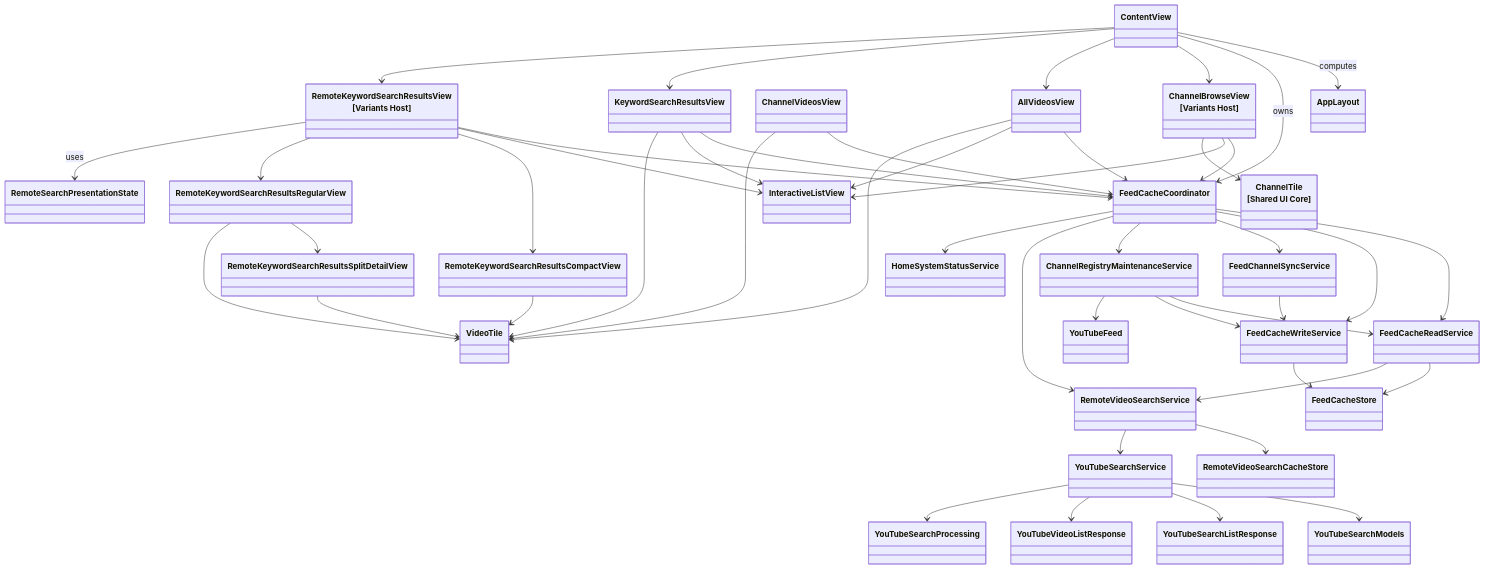
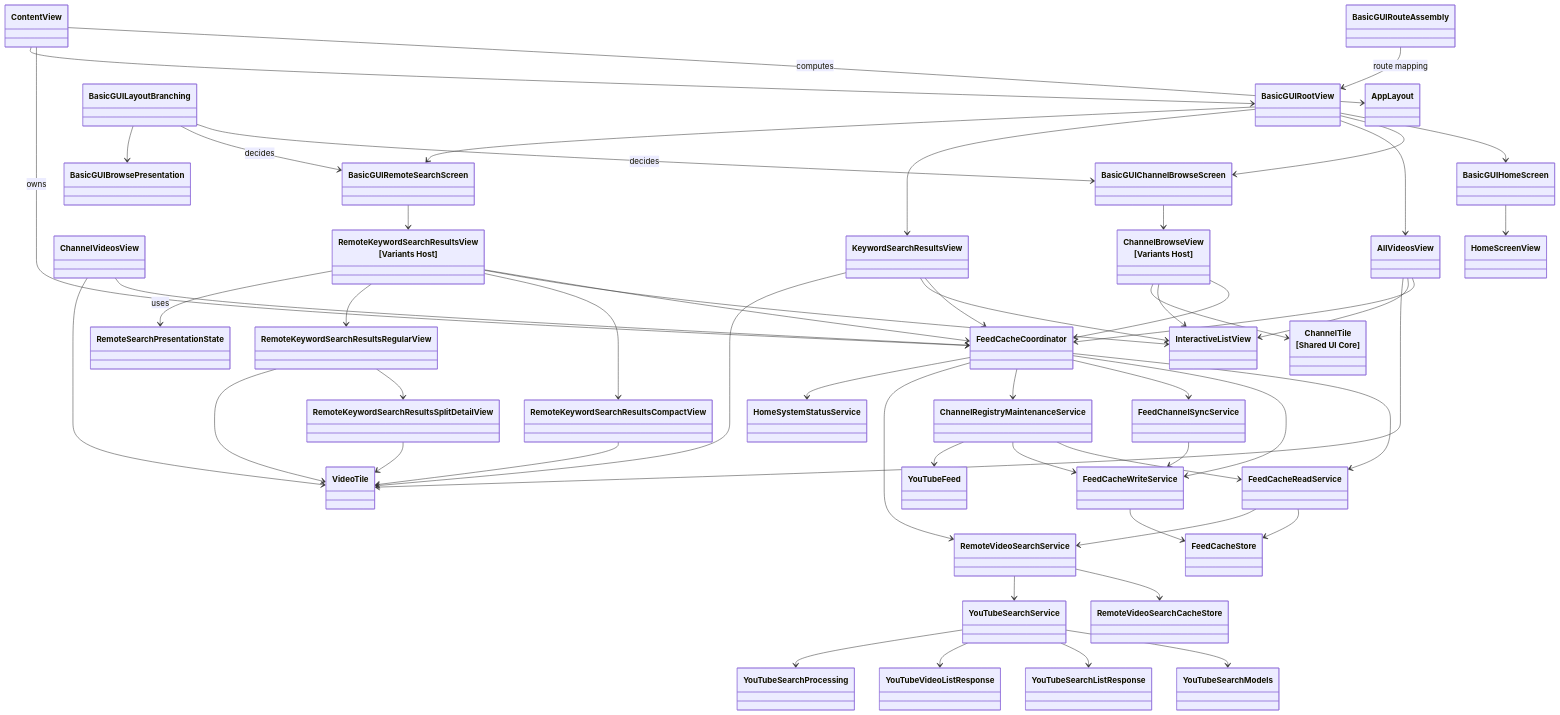
The second of 4 diagrams in docs/human-view/design-overview.md (horikuma/YoutubeFeeder), drawn with Mermaid before and after one commit. The commit also changed other lines of this file and 3 other files, not shown here.

````diff
--- a/docs/human-view/design-overview.md
+++ b/docs/human-view/design-overview.md
@@ -25,6 +25,13 @@
 ```mermaid
 classDiagram
     class ContentView
+    class BasicGUIRootView
+    class BasicGUIHomeScreen
+    class BasicGUIChannelBrowseScreen
+    class BasicGUIRemoteSearchScreen
+    class BasicGUIRouteAssembly
+    class BasicGUILayoutBranching
+    class BasicGUIBrowsePresentation
     class AppLayout
     class FeedCacheCoordinator
     class FeedCacheReadService
@@ -56,10 +63,20 @@
 
     ContentView --> AppLayout : computes
     ContentView --> FeedCacheCoordinator : owns
-    ContentView --> ChannelBrowseView
-    ContentView --> AllVideosView
-    ContentView --> KeywordSearchResultsView
-    ContentView --> RemoteKeywordSearchResultsView
+    ContentView --> BasicGUIRootView
+    BasicGUIRootView --> BasicGUIHomeScreen
+    BasicGUIRootView --> BasicGUIChannelBrowseScreen
+    BasicGUIRootView --> AllVideosView
+    BasicGUIRootView --> KeywordSearchResultsView
+    BasicGUIRootView --> BasicGUIRemoteSearchScreen
+    BasicGUIRouteAssembly --> BasicGUIRootView : route mapping
+    BasicGUILayoutBranching --> BasicGUIChannelBrowseScreen : decides
+    BasicGUILayoutBranching --> BasicGUIRemoteSearchScreen : decides
+    BasicGUILayoutBranching --> BasicGUIBrowsePresentation
+
+    BasicGUIHomeScreen --> HomeScreenView
+    BasicGUIChannelBrowseScreen --> ChannelBrowseView
+    BasicGUIRemoteSearchScreen --> RemoteKeywordSearchResultsView
 
     ChannelBrowseView --> FeedCacheCoordinator
     ChannelVideosView --> FeedCacheCoordinator
````
